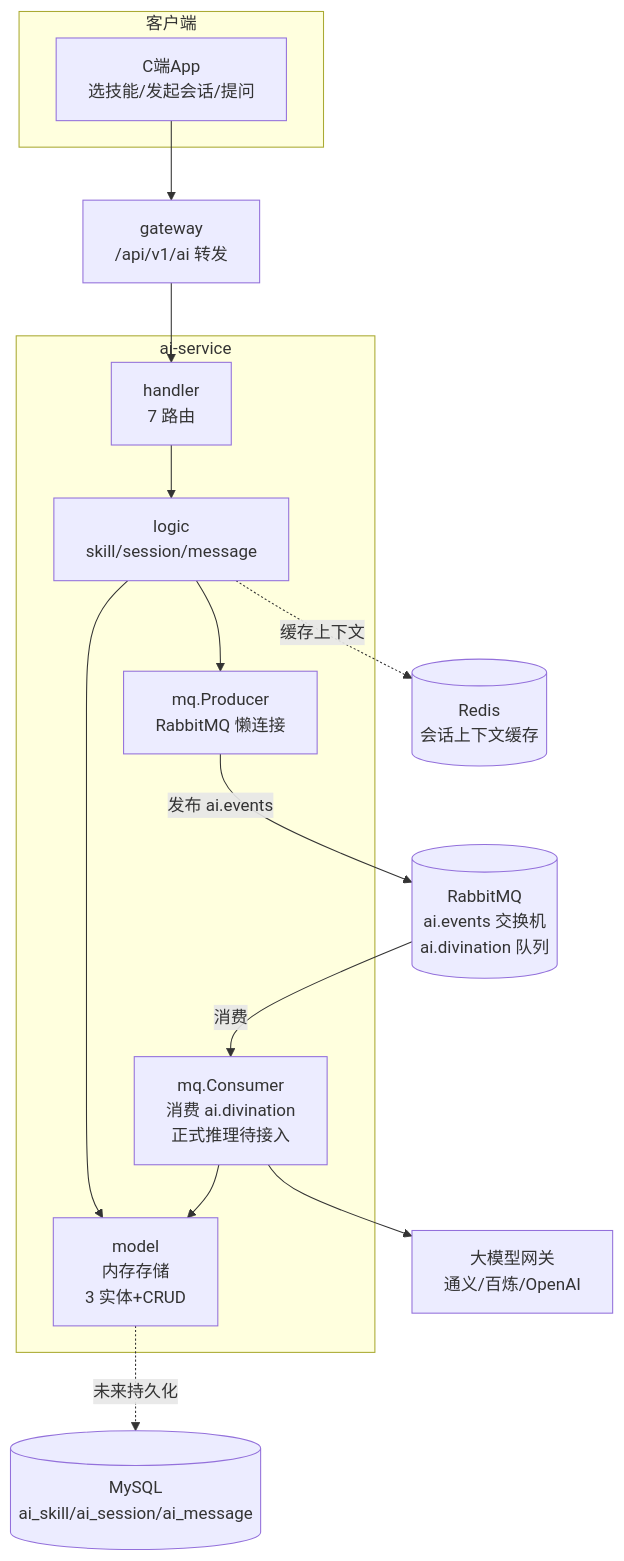
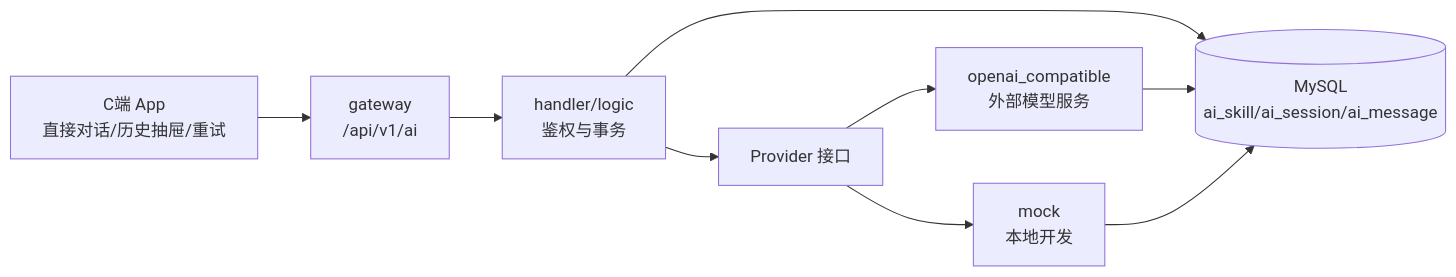
One commit to askxuan-dongfang/askxuan-docs changed the diagram in docs/architecture/services/AI问事服务.md. Above: the diagram before and after it, drawn with Mermaid. The commit also changed other lines of this file and 5 other files, not shown here.

````diff
--- a/docs/architecture/services/AI问事服务.md
+++ b/docs/architecture/services/AI问事服务.md
@@ -36,32 +38,11 @@
 ```mermaid
-graph TB
-    subgraph 客户端
-        C1[C端App<br/>选技能/发起会话/提问]
-    end
-
-    subgraph ai-service
-        HANDLER[handler<br/>7 路由]
-        LOGIC[logic<br/>skill/session/message]
-        MODEL[model<br/>内存存储<br/>3 实体+CRUD]
-        MQ[mq.Producer<br/>RabbitMQ 懒连接]
-    CONSUMER[mq.Consumer<br/>消费 ai.divination<br/>正式推理待接入]
-    end
-
-    GW[gateway<br/>/api/v1/ai 转发]
-    RB[(RabbitMQ<br/>ai.events 交换机<br/>ai.divination 队列)]
-    LLM[大模型网关<br/>通义/百炼/OpenAI]
-    DB[(MySQL<br/>ai_skill/ai_session/ai_message)]
-    REDIS[(Redis<br/>会话上下文缓存)]
-
-    C1 --> GW
-    GW --> HANDLER
-    HANDLER --> LOGIC
-    LOGIC --> MODEL
-    LOGIC --> MQ
-    MQ -->|发布 ai.events| RB
-    RB -->|消费| CONSUMER
-    CONSUMER --> LLM
-    CONSUMER --> MODEL
-    MODEL -.未来持久化.-> DB
-    LOGIC -.缓存上下文.-> REDIS
+graph LR
+    C[C端 App<br/>直接对话/历史抽屉/重试] --> GW[gateway<br/>/api/v1/ai]
+    GW --> H[handler/logic<br/>鉴权与事务]
+    H --> DB[(MySQL<br/>ai_skill/ai_session/ai_message)]
+    H --> P[Provider 接口]
+    P --> MOCK[mock<br/>本地开发]
+    P --> OA[openai_compatible<br/>外部模型服务]
+    OA --> DB
+    MOCK --> DB
 ```
````
